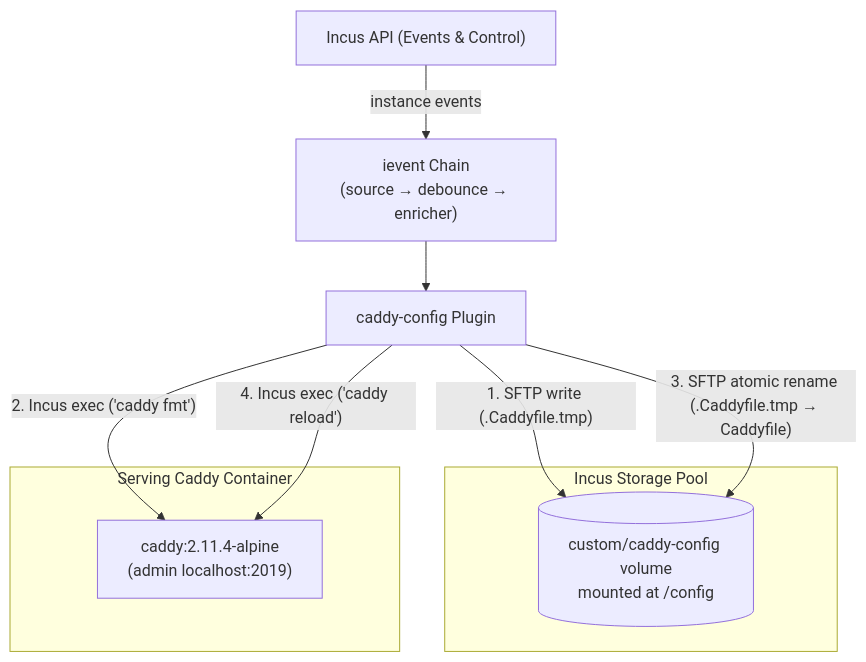
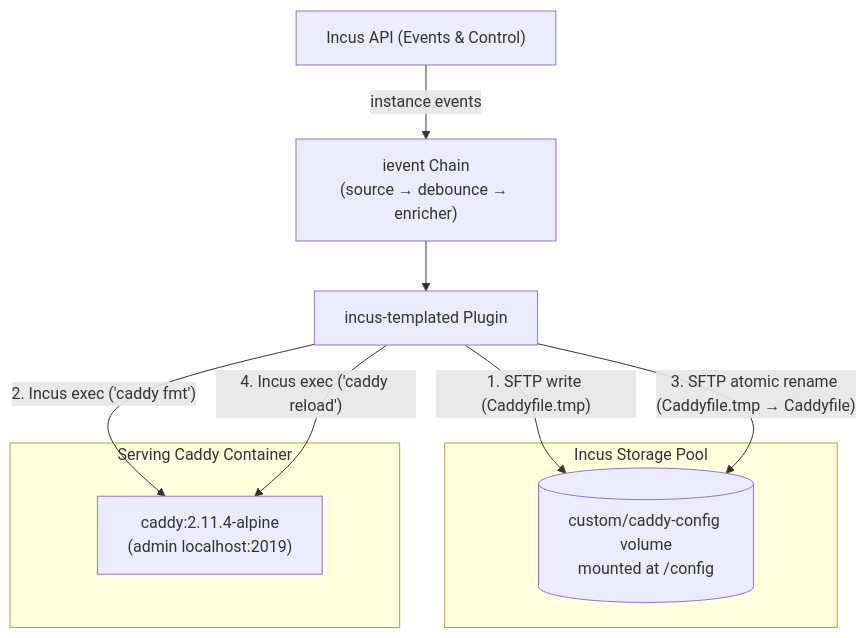
One commit to jochumdev/incus-caddy-config changed the diagram in docs/root/home.md. Above: the diagram before and after it, drawn with Mermaid. The commit also changed other lines of this file and 8 other files, not shown here.

````diff
--- a/docs/root/home.md
+++ b/docs/root/home.md
@@ -20,18 +20,18 @@
 ```mermaid
 flowchart TD
     Incus["Incus API (Events & Control)"] -->|instance events| Chain["ievent Chain<br/>(source &rarr; debounce &rarr; enricher)"]
-    Chain --> Plugin["caddy-config Plugin"]
+    Chain --> Plugin["incus-templated Plugin"]
 
     subgraph Storage["Incus Storage Pool"]
         Vol[("custom/caddy-config volume<br/>mounted at /config")]
     end
 
     subgraph Caddy["Serving Caddy Container"]
         CaddyProc["caddy:2.11.4-alpine<br/>(admin localhost:2019)"]
     end
 
-    Plugin -->|"1. SFTP write (.Caddyfile.tmp)"| Vol
+    Plugin -->|"1. SFTP write (Caddyfile.tmp)"| Vol
     Plugin -->|"2. Incus exec ('caddy fmt')"| CaddyProc
-    Plugin -->|"3. SFTP atomic rename (.Caddyfile.tmp &rarr; Caddyfile)"| Vol
+    Plugin -->|"3. SFTP atomic rename (Caddyfile.tmp &rarr; Caddyfile)"| Vol
     Plugin -->|"4. Incus exec ('caddy reload')"| CaddyProc
 ```
````
